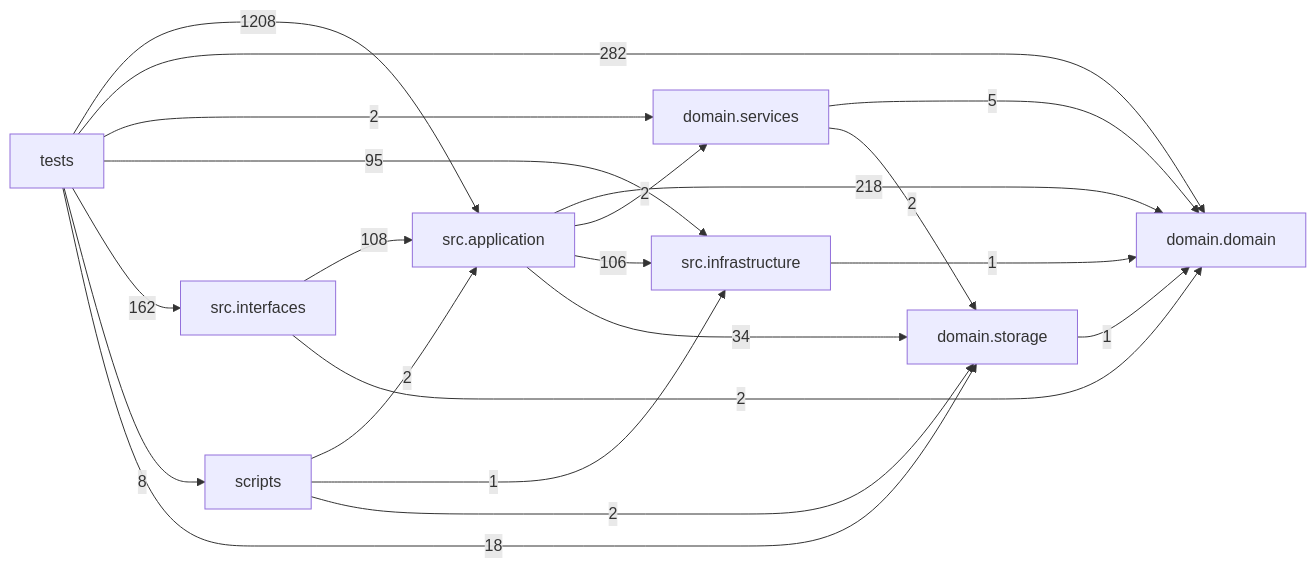
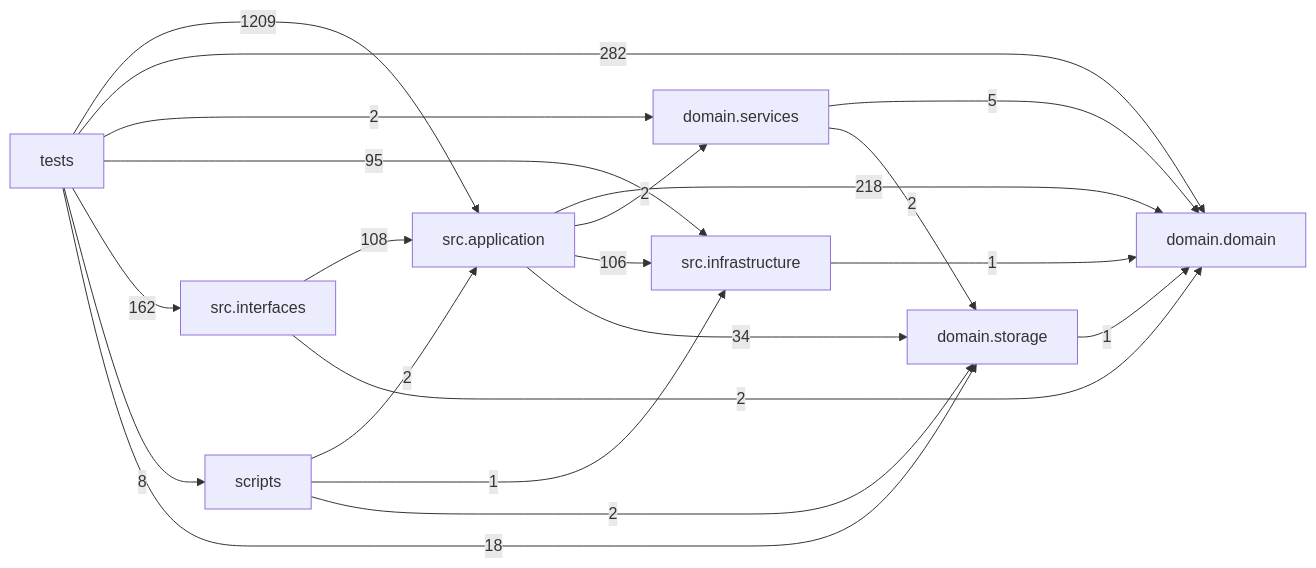
Before and after one commit to liuxie066/options-monitor: the diagram in docs/DEPENDENCY_GRAPH.md, drawn with Mermaid. The commit also changed other lines of this file and 13 other files, not shown here.

Commit message:
Add operation timeline diagnostics

````diff
--- a/docs/DEPENDENCY_GRAPH.md
+++ b/docs/DEPENDENCY_GRAPH.md
@@ -24,31 +24,31 @@
 ```mermaid
 flowchart LR
   tests["tests"]
   scripts["scripts"]
   interfaces["src.interfaces"]
   application["src.application"]
   infrastructure["src.infrastructure"]
   domain_services["domain.services"]
   domain["domain.domain"]
   storage["domain.storage"]
   application -->|218| domain
   application -->|2| domain_services
   application -->|106| infrastructure
   application -->|34| storage
   domain_services -->|5| domain
   domain_services -->|2| storage
   infrastructure -->|1| domain
   interfaces -->|108| application
   interfaces -->|2| domain
   scripts -->|2| application
   scripts -->|1| infrastructure
   scripts -->|2| storage
   storage -->|1| domain
-  tests -->|1208| application
+  tests -->|1209| application
   tests -->|282| domain
   tests -->|2| domain_services
   tests -->|95| infrastructure
   tests -->|162| interfaces
   tests -->|8| scripts
   tests -->|18| storage
 ```
````
